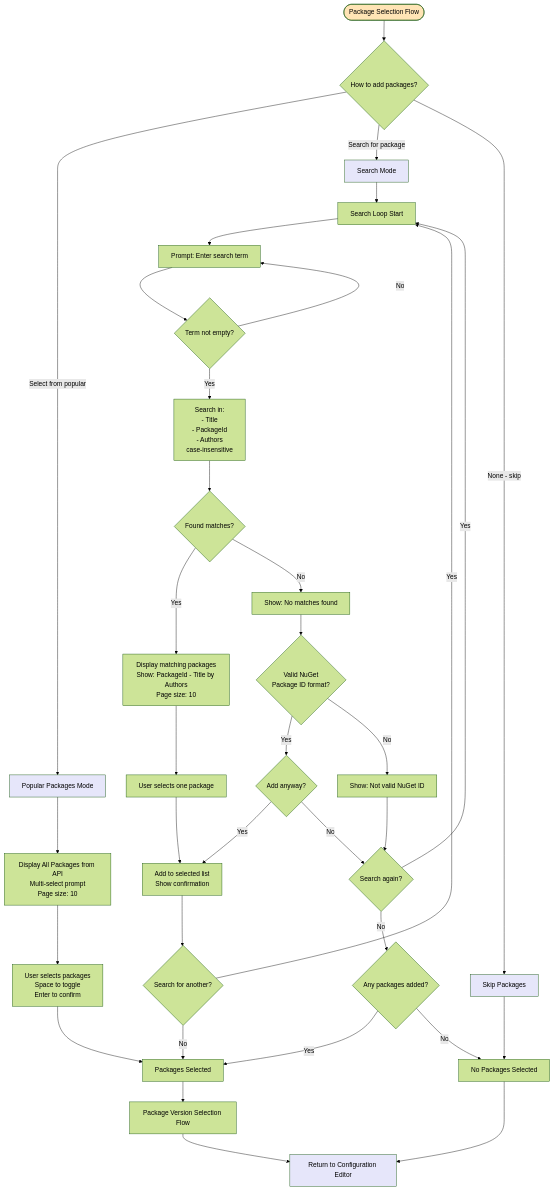
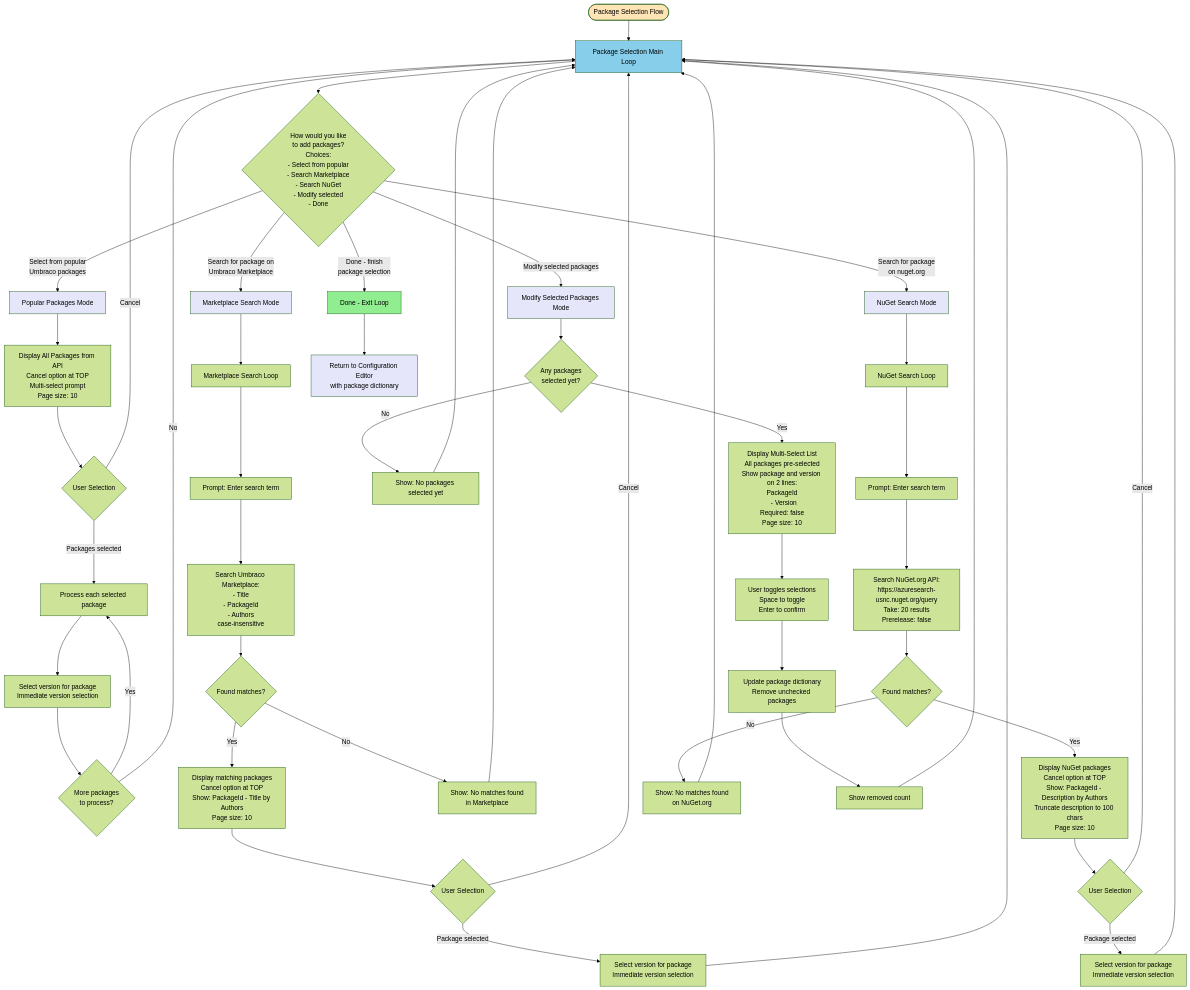
One commit to prjseal/Package-Script-Writer changed the fifth of 8 diagrams in .github/CLI-Interactive-Mode-Flow.md. Above: the diagram before and after it, drawn with Mermaid (forest theme). The commit also changed other lines of this file and 2 other files, not shown here.

First paragraph of the commit message:
Update documentation for new package selection functionality
Updated all documentation files to reflect the new package selection features:

````diff
--- a/.github/CLI-Interactive-Mode-Flow.md
+++ b/.github/CLI-Interactive-Mode-Flow.md
@@ -213,57 +213,77 @@
 ```mermaid
 flowchart TD
-    Start([Package Selection Flow]) --> AskMode{How to add packages?}
+    Start([Package Selection Flow]) --> MainLoop[Package Selection Main Loop]
 
-    AskMode -->|Select from popular| PopularMode[Popular Packages Mode]
-    AskMode -->|Search for package| SearchMode[Search Mode]
-    AskMode -->|None - skip| SkipMode[Skip Packages]
+    MainLoop --> AskMode{How would you like<br/>to add packages?<br/>Choices:<br/>- Select from popular<br/>- Search Marketplace<br/>- Search NuGet<br/>- Modify selected<br/>- Done}
+
+    AskMode -->|Select from popular<br/>Umbraco packages| PopularMode[Popular Packages Mode]
+    AskMode -->|Search for package on<br/>Umbraco Marketplace| MarketplaceSearchMode[Marketplace Search Mode]
+    AskMode -->|Search for package<br/>on nuget.org| NuGetSearchMode[NuGet Search Mode]
+    AskMode -->|Modify selected packages| ModifyMode[Modify Selected Packages Mode]
+    AskMode -->|Done - finish<br/>package selection| DoneMode[Done - Exit Loop]
 
     %% Popular Mode
-    PopularMode --> ShowAll[Display All Packages from API<br/>Multi-select prompt<br/>Page size: 10]
-    ShowAll --> UserSelects[User selects packages<br/>Space to toggle<br/>Enter to confirm]
-    UserSelects --> PackagesSelected[Packages Selected]
+    PopularMode --> ShowAll[Display All Packages from API<br/>Cancel option at TOP<br/>Multi-select prompt<br/>Page size: 10]
+    ShowAll --> UserSelectsPopular{User Selection}
+    UserSelectsPopular -->|Cancel| MainLoop
+    UserSelectsPopular -->|Packages selected| PopularSelected[Process each selected package]
+    PopularSelected --> VersionForPopular[Select version for package<br/>Immediate version selection]
+    VersionForPopular --> MorePopular{More packages<br/>to process?}
+    MorePopular -->|Yes| PopularSelected
+    MorePopular -->|No| MainLoop
 
-    %% Search Mode
-    SearchMode --> SearchLoop[Search Loop Start]
-    SearchLoop --> EnterTerm[Prompt: Enter search term]
-    EnterTerm --> ValidateTerm{Term not empty?}
-    ValidateTerm -->|No| EnterTerm
-    ValidateTerm -->|Yes| SearchAPI[Search in:<br/>- Title<br/>- PackageId<br/>- Authors<br/>case-insensitive]
+    %% Marketplace Search Mode
+    MarketplaceSearchMode --> MarketplaceLoop[Marketplace Search Loop]
+    MarketplaceLoop --> EnterMarketplaceTerm[Prompt: Enter search term]
+    EnterMarketplaceTerm --> SearchMarketplaceAPI[Search Umbraco Marketplace:<br/>- Title<br/>- PackageId<br/>- Authors<br/>case-insensitive]
 
-    SearchAPI --> FoundMatches{Found matches?}
+    SearchMarketplaceAPI --> FoundMarketplace{Found matches?}
 
-    FoundMatches -->|Yes| DisplayMatches[Display matching packages<br/>Show: PackageId - Title by Authors<br/>Page size: 10]
-    DisplayMatches --> UserPicksOne[User selects one package]
-    UserPicksOne --> AddToList[Add to selected list<br/>Show confirmation]
-    AddToList --> AskMore1{Search for another?}
+    FoundMarketplace -->|Yes| DisplayMarketplace[Display matching packages<br/>Cancel option at TOP<br/>Show: PackageId - Title by Authors<br/>Page size: 10]
+    DisplayMarketplace --> UserPicksMarketplace{User Selection}
+    UserPicksMarketplace -->|Cancel| MainLoop
+    UserPicksMarketplace -->|Package selected| VersionForMarketplace[Select version for package<br/>Immediate version selection]
+    VersionForMarketplace --> MainLoop
 
-    FoundMatches -->|No| ShowNoMatch[Show: No matches found]
-    ShowNoMatch --> ValidNuGet{Valid NuGet<br/>Package ID format?}
-    ValidNuGet -->|Yes| AskAddAnyway{Add anyway?}
-    AskAddAnyway -->|Yes| AddToList
-    AskAddAnyway -->|No| AskMore2{Search again?}
-    ValidNuGet -->|No| ShowInvalid[Show: Not valid NuGet ID]
-    ShowInvalid --> AskMore2
+    FoundMarketplace -->|No| ShowNoMarketplace[Show: No matches found<br/>in Marketplace]
+    ShowNoMarketplace --> MainLoop
 
-    AskMore1 -->|Yes| SearchLoop
-    AskMore1 -->|No| PackagesSelected
-    AskMore2 -->|Yes| SearchLoop
-    AskMore2 -->|No| CheckIfAnyAdded{Any packages added?}
-    CheckIfAnyAdded -->|Yes| PackagesSelected
-    CheckIfAnyAdded -->|No| NoPackages
+    %% NuGet Search Mode
+    NuGetSearchMode --> NuGetLoop[NuGet Search Loop]
+    NuGetLoop --> EnterNuGetTerm[Prompt: Enter search term]
+    EnterNuGetTerm --> SearchNuGetAPI[Search NuGet.org API:<br/>https://azuresearch-usnc.nuget.org/query<br/>Take: 20 results<br/>Prerelease: false]
 
-    %% Skip Mode
-    SkipMode --> NoPackages[No Packages Selected]
+    SearchNuGetAPI --> FoundNuGet{Found matches?}
 
-    %% Results
-    PackagesSelected --> VersionSelection[Package Version Selection Flow]
-    NoPackages --> Return[Return to Configuration Editor]
+    FoundNuGet -->|Yes| DisplayNuGet[Display NuGet packages<br/>Cancel option at TOP<br/>Show: PackageId - Description by Authors<br/>Truncate description to 100 chars<br/>Page size: 10]
+    DisplayNuGet --> UserPicksNuGet{User Selection}
+    UserPicksNuGet -->|Cancel| MainLoop
+    UserPicksNuGet -->|Package selected| VersionForNuGet[Select version for package<br/>Immediate version selection]
+    VersionForNuGet --> MainLoop
 
-    VersionSelection --> Return
+    FoundNuGet -->|No| ShowNoNuGet[Show: No matches found<br/>on NuGet.org]
+    ShowNoNuGet --> MainLoop
+
+    %% Modify Mode
+    ModifyMode --> CheckHasPackages{Any packages<br/>selected yet?}
+    CheckHasPackages -->|No| ShowNoPackages[Show: No packages selected yet]
+    ShowNoPackages --> MainLoop
+
+    CheckHasPackages -->|Yes| DisplayModify[Display Multi-Select List<br/>All packages pre-selected<br/>Show package and version on 2 lines:<br/>PackageId<br/>  - Version<br/>Required: false<br/>Page size: 10]
+    DisplayModify --> UserModifies[User toggles selections<br/>Space to toggle<br/>Enter to confirm]
+    UserModifies --> UpdateSelections[Update package dictionary<br/>Remove unchecked packages]
+    UpdateSelections --> ShowRemoved[Show removed count]
+    ShowRemoved --> MainLoop
+
+    %% Done Mode
+    DoneMode --> Return[Return to Configuration Editor<br/>with package dictionary]
 
     style Start fill:#FFE4B5
     style PopularMode fill:#E6E6FA
-    style SearchMode fill:#E6E6FA
-    style SkipMode fill:#E6E6FA
+    style MarketplaceSearchMode fill:#E6E6FA
+    style NuGetSearchMode fill:#E6E6FA
+    style ModifyMode fill:#E6E6FA
+    style DoneMode fill:#90EE90
+    style MainLoop fill:#87CEEB
     style Return fill:#E6E6FA
 ```
````
